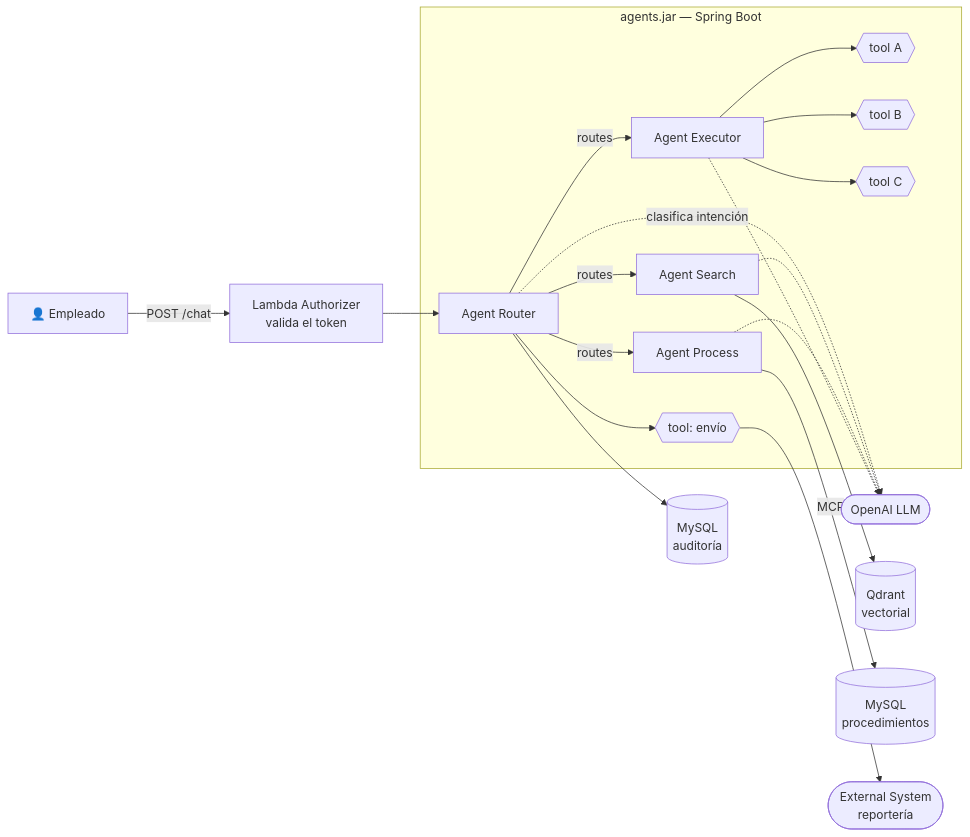
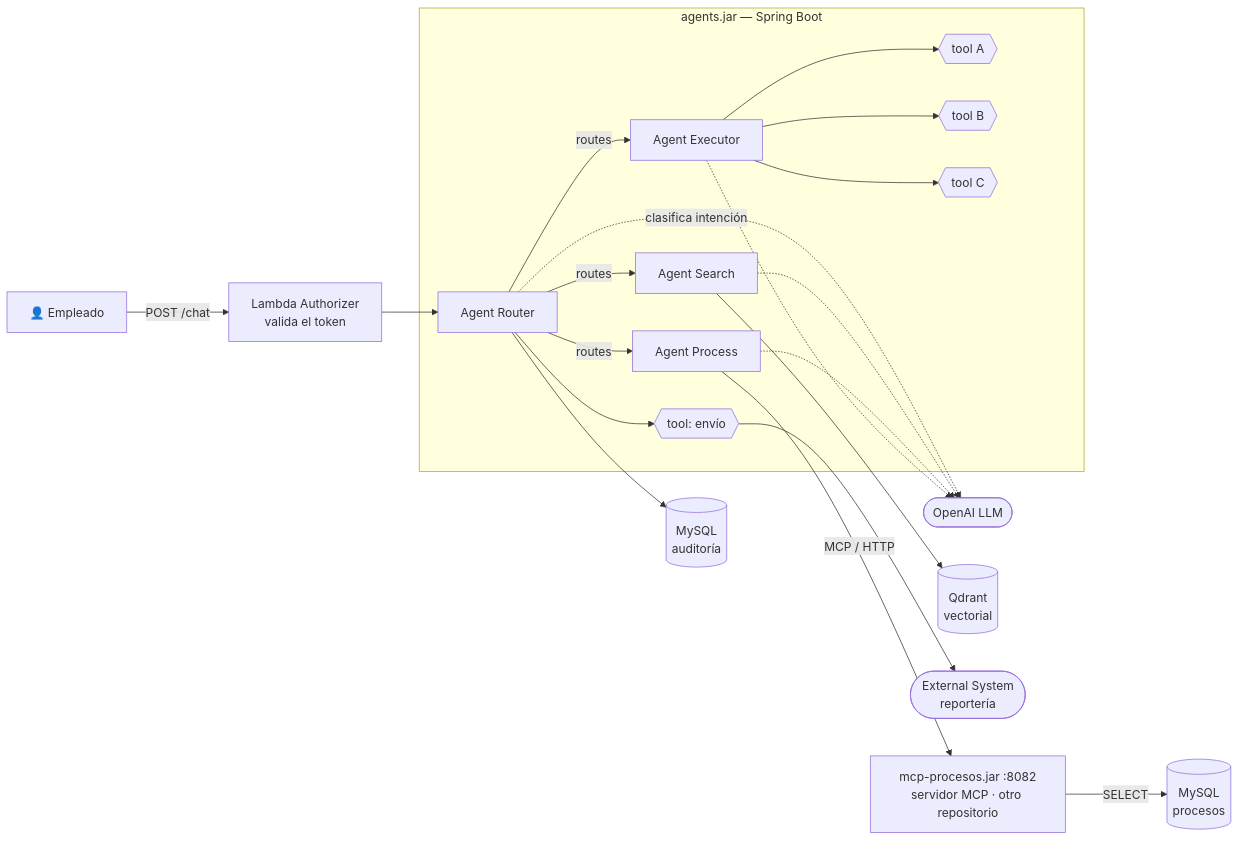
One commit to xxce10xx/agents-spring changed the first of 15 diagrams in README.md. Above: the diagram before and after it, drawn with Mermaid. The commit also changed other lines of this file and 27 other files, not shown here.

````diff
--- a/README.md
+++ b/README.md
@@ -34,41 +47,43 @@
 ```mermaid
 graph LR
     Actor["👤 Empleado"]
     LA["Lambda Authorizer<br/>valida el token"]
     LLM(["OpenAI LLM"])
 
     subgraph JAR["agents.jar — Spring Boot"]
         R["Agent Router"]
         S["Agent Search"]
         P["Agent Process"]
         E["Agent Executor"]
         T{{"tool: envío"}}
         TA{{"tool A"}}
         TB{{"tool B"}}
         TC{{"tool C"}}
     end
 
     QD[("Qdrant<br/>vectorial")]
-    DBP[("MySQL<br/>procedimientos")]
+    MCPS["mcp-procesos.jar :8082<br/>servidor MCP · otro repositorio"]
+    DBP[("MySQL<br/>procesos")]
     DBA[("MySQL<br/>auditoría")]
     EXT(["External System<br/>reportería"])
 
     Actor -->|"POST /chat"| LA
     LA --> R
     R -->|"routes"| S
     R -->|"routes"| P
     R -->|"routes"| E
     S --> QD
-    P -->|"MCP"| DBP
+    P -->|"MCP / HTTP"| MCPS
+    MCPS -->|"SELECT"| DBP
     E --> TA
     E --> TB
     E --> TC
     R --> DBA
     R --> T
     T --> EXT
 
     R -.->|"clasifica intención"| LLM
     S -.-> LLM
     P -.-> LLM
     E -.-> LLM
 ```
````
